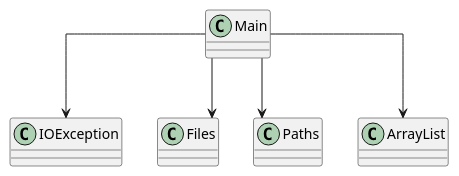
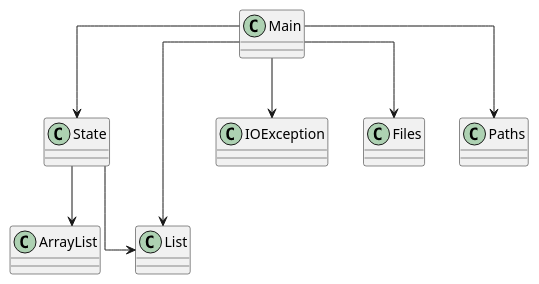
Before and after one commit to SirMathhman/Magma: the diagram in diagram.puml, drawn with PlantUML. The commit also changed 2 other files, not shown here.

```diff
--- a/diagram.puml
+++ b/diagram.puml
@@ -1,8 +1,12 @@
 @startuml
 skinparam linetype ortho
+class State
+State --> ArrayList
+State --> List
 class Main
+Main --> State
 Main --> IOException
 Main --> Files
 Main --> Paths
-Main --> ArrayList
+Main --> List
 @enduml
```
